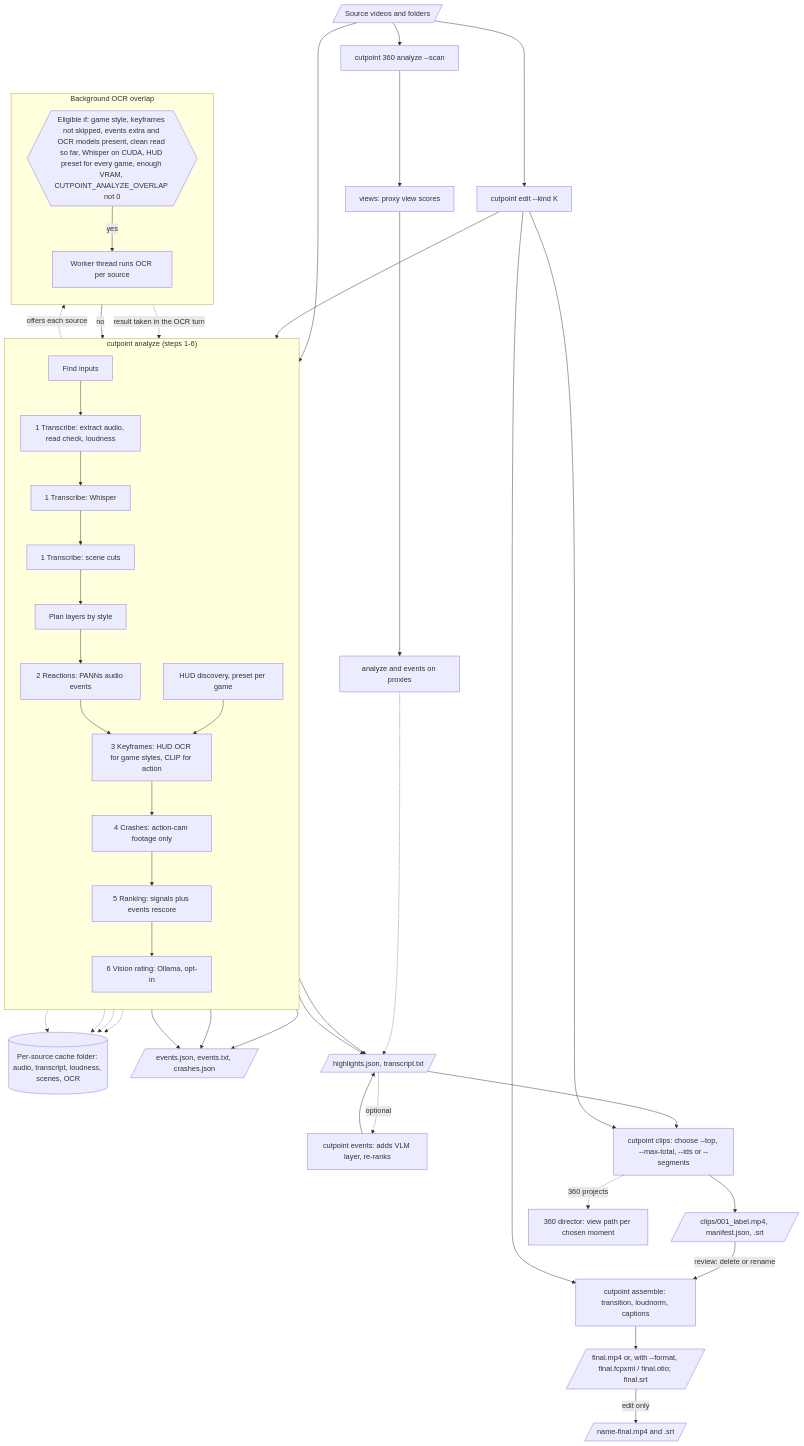
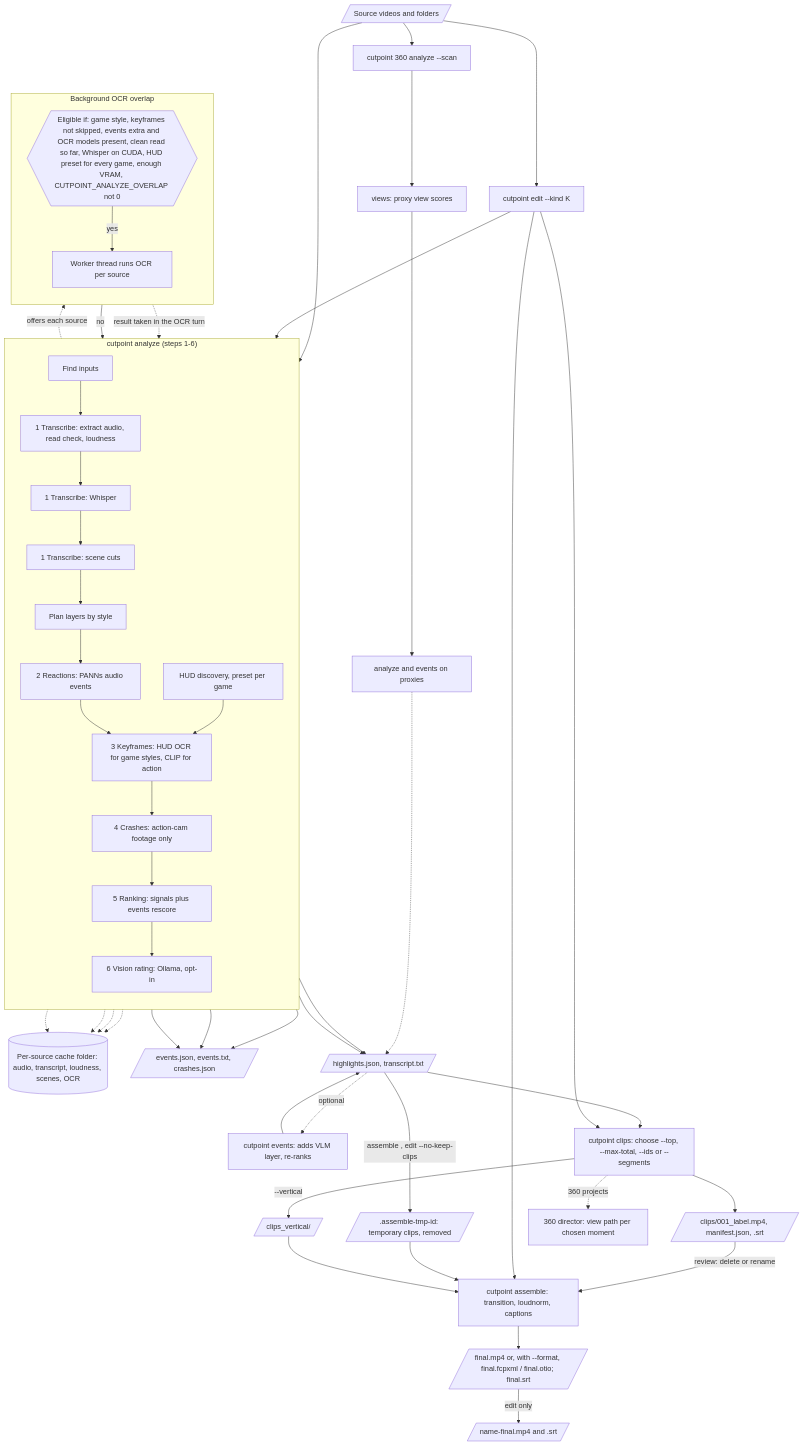
One commit to FerventOrange/cutpoint changed the first of 2 diagrams in docs/pipeline.md. Above: the diagram before and after it, drawn with Mermaid. The commit also changed 24 other files, not shown here.

````diff
--- a/docs/pipeline.md
+++ b/docs/pipeline.md
@@ -10,67 +10,71 @@
 ```mermaid
 flowchart TD
     SRC[/"Source videos and folders"/]
     EDIT["cutpoint edit --kind K"]
     SRC --> EDIT
     SRC --> ANA
 
     subgraph ANALYZE["cutpoint analyze  (steps 1-6)"]
         direction TB
         ANA["Find inputs"]
         AUD["1 Transcribe: extract audio, read check, loudness"]
         TR["1 Transcribe: Whisper"]
         SC["1 Transcribe: scene cuts"]
         PL["Plan layers by style"]
         RE["2 Reactions: PANNs audio events"]
         KF["3 Keyframes: HUD OCR for game styles, CLIP for action"]
         DISC["HUD discovery, preset per game"]
         CR["4 Crashes: action-cam footage only"]
         RK["5 Ranking: signals plus events rescore"]
         VIS["6 Vision rating: Ollama, opt-in"]
         ANA --> AUD --> TR --> SC --> PL --> RE --> KF --> CR --> RK --> VIS
         DISC --> KF
     end
 
     CACHE[("Per-source cache folder: audio, transcript, loudness, scenes, OCR")]
     AUD -.-> CACHE
     TR -.-> CACHE
     SC -.-> CACHE
     KF -.-> CACHE
 
     subgraph BG["Background OCR overlap"]
         direction TB
         ELIG{{"Eligible if: game style, keyframes not skipped, events extra and OCR models present, clean read so far, Whisper on CUDA, HUD preset for every game, enough VRAM, CUTPOINT_ANALYZE_OVERLAP not 0"}}
         PF["Worker thread runs OCR per source"]
         ELIG -->|yes| PF
     end
     AUD -. "offers each source" .-> ELIG
     PF -. "result taken in the OCR turn" .-> KF
     ELIG -->|no| KF
 
     EVJ[/"events.json, events.txt, crashes.json"/]
     HL[/"highlights.json, transcript.txt"/]
     KF --> EVJ
     RE --> EVJ
     CR --> EVJ
     VIS --> HL
     RK --> HL
 
     EVS["cutpoint events: adds VLM layer, re-ranks"]
     HL -. "optional" .-> EVS
     EVS --> HL
 
     EDIT --> ANA
     HL --> CLIPS["cutpoint clips: choose --top, --max-total, --ids or --segments"]
     CLIPS --> CDIR[/"clips/001_label.mp4, manifest.json, .srt"/]
     CDIR -->|"review: delete or rename"| ASM["cutpoint assemble: transition, loudnorm, captions"]
     ASM --> FIN[/"final.mp4 or, with --format, final.fcpxml / final.otio; final.srt"/]
     EDIT --> CLIPS
     EDIT --> ASM
     FIN -->|edit only| COPY[/"name-final.mp4 and .srt"/]
+    HL -->|"assemble <project>, edit --no-keep-clips"| TMP[/".assemble-tmp-id: temporary clips, removed"/]
+    TMP --> ASM
+    CLIPS -->|"--vertical"| VDIR[/"clips_vertical/"/]
+    VDIR --> ASM
 
     SRC --> P360["cutpoint 360 analyze --scan"]
     P360 --> V360["views: proxy view scores"]
     V360 --> A360["analyze and events on proxies"]
     CLIPS -. "360 projects" .-> DIR["360 director: view path per chosen moment"]
     A360 -.-> HL
 ```
````
